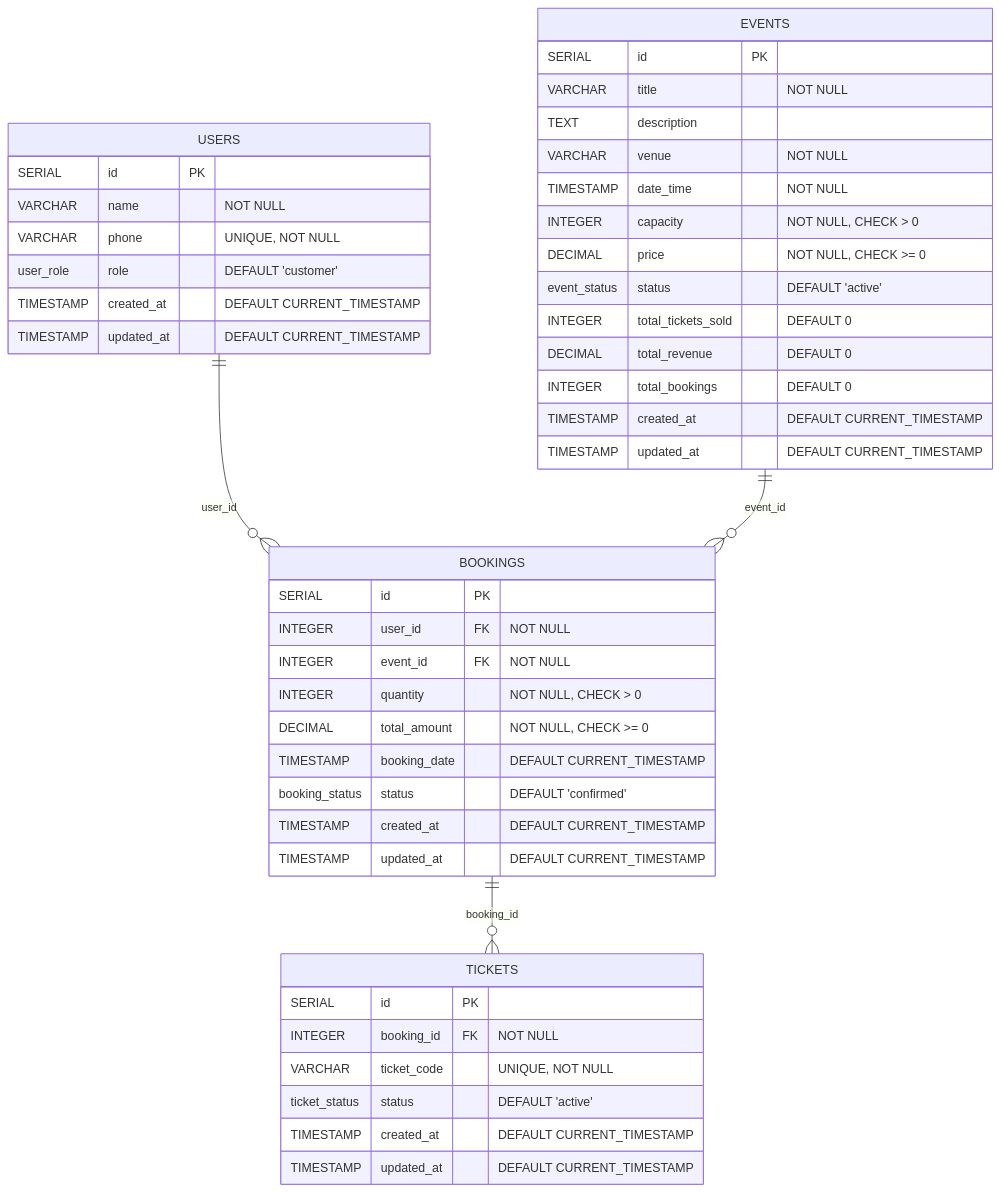
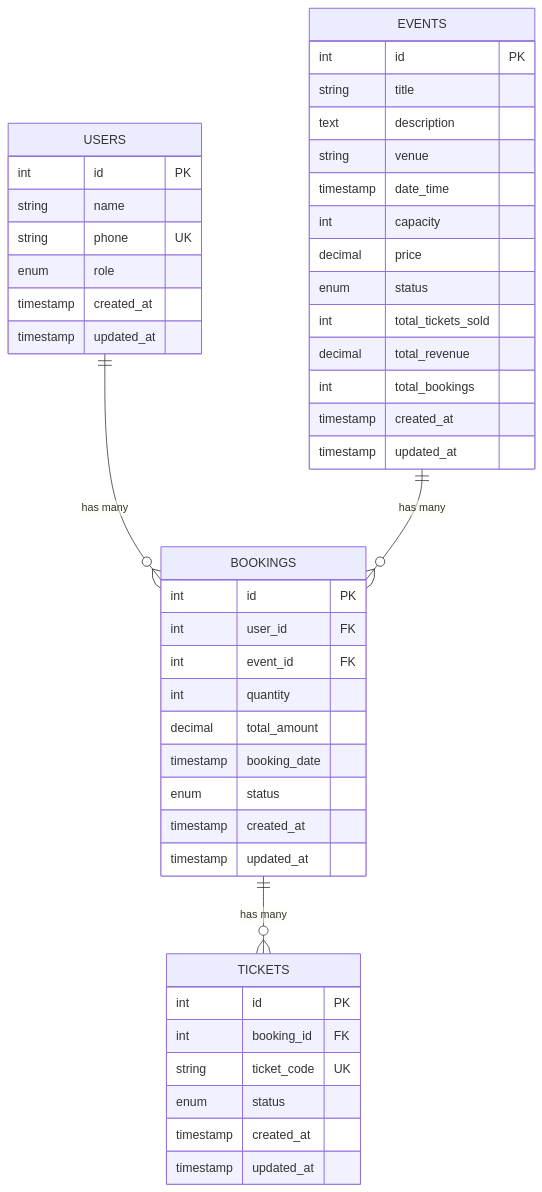
One commit to NantipatSoftEn/EventTicketingSystemTest changed the second of 8 diagrams in README.md. Above: the diagram before and after it, drawn with Mermaid.

Commit message:
docs: update ER diagram in README
- Updated data types and constraints

````diff
--- a/README.md
+++ b/README.md
@@ -183,52 +183,52 @@
 ```mermaid
 erDiagram
     USERS {
-        SERIAL id PK
-        VARCHAR name "NOT NULL"
-        VARCHAR phone "UNIQUE, NOT NULL"
-        user_role role "DEFAULT 'customer'"
-        TIMESTAMP created_at "DEFAULT CURRENT_TIMESTAMP"
-        TIMESTAMP updated_at "DEFAULT CURRENT_TIMESTAMP"
+        int id PK
+        string name
+        string phone UK
+        enum role
+        timestamp created_at
+        timestamp updated_at
     }
 
     EVENTS {
-        SERIAL id PK
-        VARCHAR title "NOT NULL"
-        TEXT description
-        VARCHAR venue "NOT NULL"
-        TIMESTAMP date_time "NOT NULL"
-        INTEGER capacity "NOT NULL, CHECK > 0"
-        DECIMAL price "NOT NULL, CHECK >= 0"
-        event_status status "DEFAULT 'active'"
-        INTEGER total_tickets_sold "DEFAULT 0"
-        DECIMAL total_revenue "DEFAULT 0"
-        INTEGER total_bookings "DEFAULT 0"
-        TIMESTAMP created_at "DEFAULT CURRENT_TIMESTAMP"
-        TIMESTAMP updated_at "DEFAULT CURRENT_TIMESTAMP"
+        int id PK
+        string title
+        text description
+        string venue
+        timestamp date_time
+        int capacity
+        decimal price
+        enum status
+        int total_tickets_sold
+        decimal total_revenue
+        int total_bookings
+        timestamp created_at
+        timestamp updated_at
     }
 
     BOOKINGS {
-        SERIAL id PK
-        INTEGER user_id FK "NOT NULL"
-        INTEGER event_id FK "NOT NULL"
-        INTEGER quantity "NOT NULL, CHECK > 0"
-        DECIMAL total_amount "NOT NULL, CHECK >= 0"
-        TIMESTAMP booking_date "DEFAULT CURRENT_TIMESTAMP"
-        booking_status status "DEFAULT 'confirmed'"
-        TIMESTAMP created_at "DEFAULT CURRENT_TIMESTAMP"
-        TIMESTAMP updated_at "DEFAULT CURRENT_TIMESTAMP"
+        int id PK
+        int user_id FK
+        int event_id FK
+        int quantity
+        decimal total_amount
+        timestamp booking_date
+        enum status
+        timestamp created_at
+        timestamp updated_at
     }
 
     TICKETS {
-        SERIAL id PK
-        INTEGER booking_id FK "NOT NULL"
-        VARCHAR ticket_code "UNIQUE, NOT NULL"
-        ticket_status status "DEFAULT 'active'"
-        TIMESTAMP created_at "DEFAULT CURRENT_TIMESTAMP"
-        TIMESTAMP updated_at "DEFAULT CURRENT_TIMESTAMP"
+        int id PK
+        int booking_id FK
+        string ticket_code UK
+        enum status
+        timestamp created_at
+        timestamp updated_at
     }
 
-    USERS ||--o{ BOOKINGS : "user_id"
-    EVENTS ||--o{ BOOKINGS : "event_id"
-    BOOKINGS ||--o{ TICKETS : "booking_id"
+    USERS ||--o{ BOOKINGS : "has many"
+    EVENTS ||--o{ BOOKINGS : "has many"
+    BOOKINGS ||--o{ TICKETS : "has many"
 ```
````
